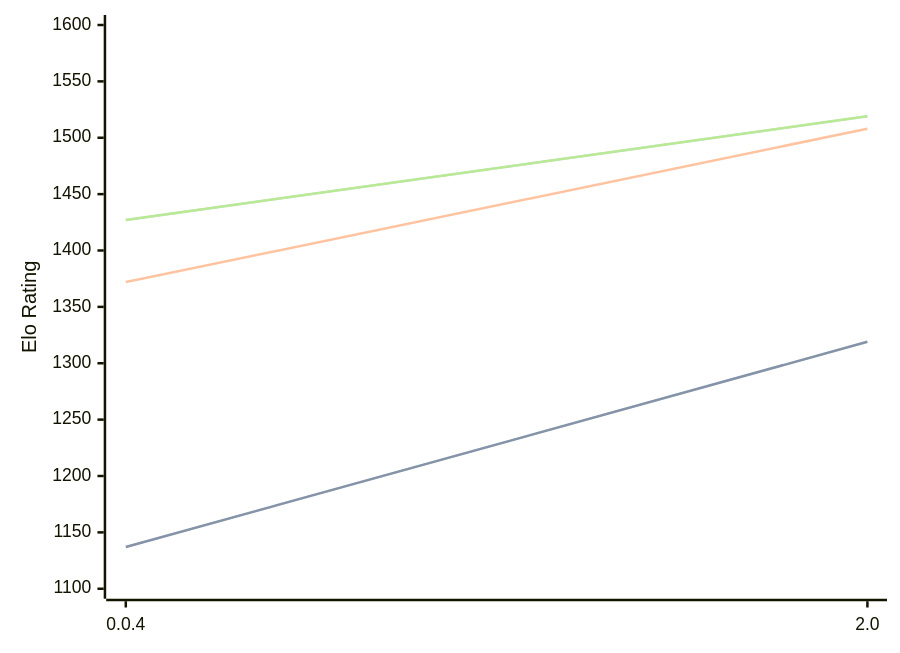
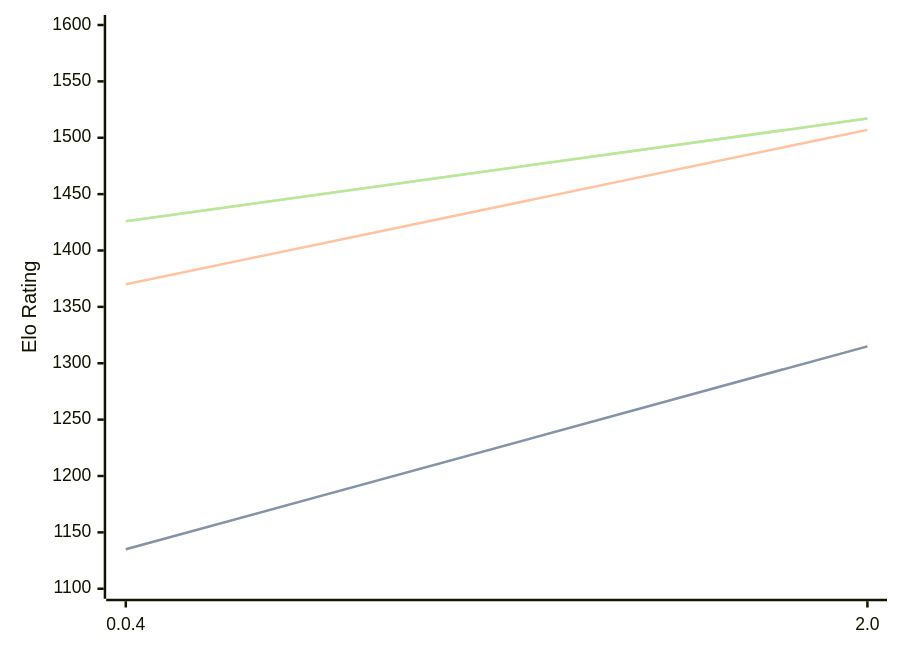
Before and after one commit to computer-chess-index/cci: the diagram in engines/Oops!Mate.md, drawn with Mermaid. The commit also changed other lines of this file, not shown here.

Commit message:
Update CCI Ratings (ELO VLTC) - 2026-02-28

````diff
--- a/engines/Oops!Mate.md
+++ b/engines/Oops!Mate.md
@@ -49,11 +49,11 @@
 ```mermaid
 %%{init: {"theme":"base","themeVariables":{"seriesColors:['#a3a3a3','#222221','#faa371']}}}%%
 xychart-beta
   x-axis ["0.0.4", "2.0"]
   y-axis "Elo Rating" 1100 --> 1600
-  line "STC (8.0+0.08s)" [1137, 1319]
-  line "STC (8.0+0.08s)" [1137, 1319]
-  line "LTC (60.0+0.60s)" [1372, 1508]
-  line "VLTC (2m24s+1.12s)" [1427, 1519]
-  line "VLTC (2m24s+1.12s)" [1427, 1519]
+  line "STC (8.0+0.08s)" [1135, 1315]
+  line "STC (8.0+0.08s)" [1135, 1315]
+  line "LTC (60.0+0.60s)" [1370, 1507]
+  line "VLTC (2m24s+1.12s)" [1426, 1517]
+  line "VLTC (2m24s+1.12s)" [1426, 1517]
 ```
````
